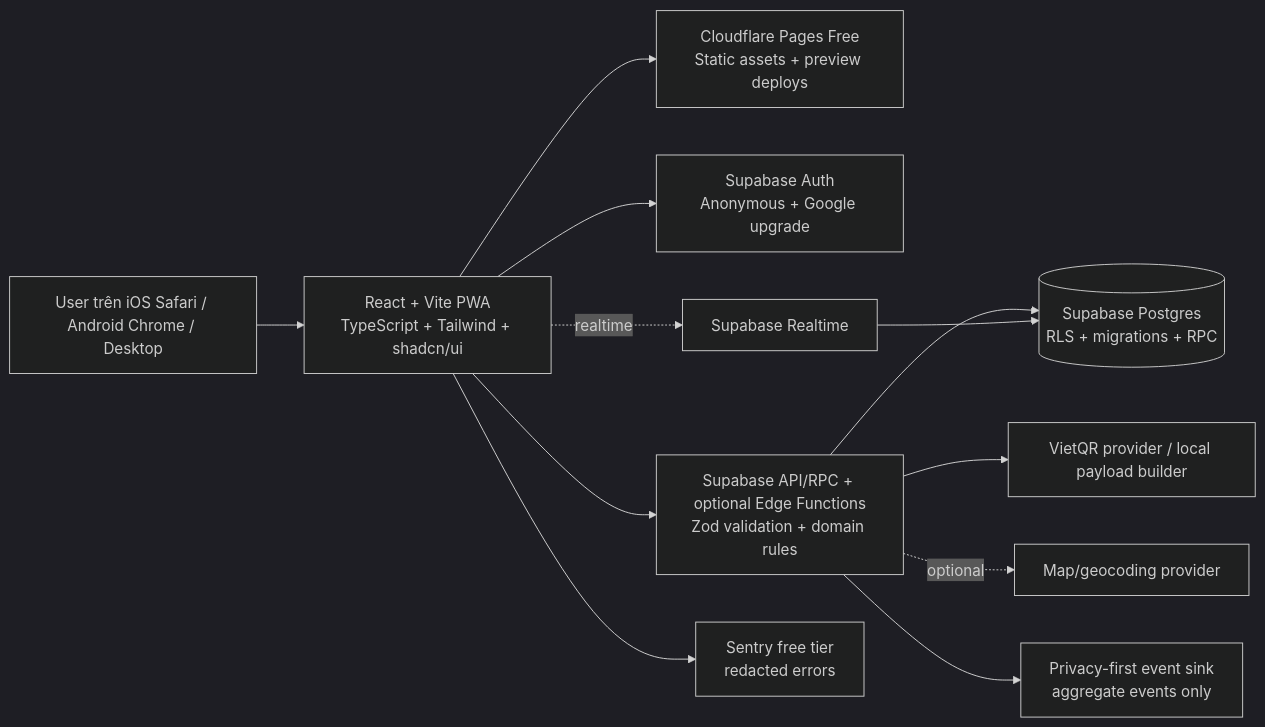
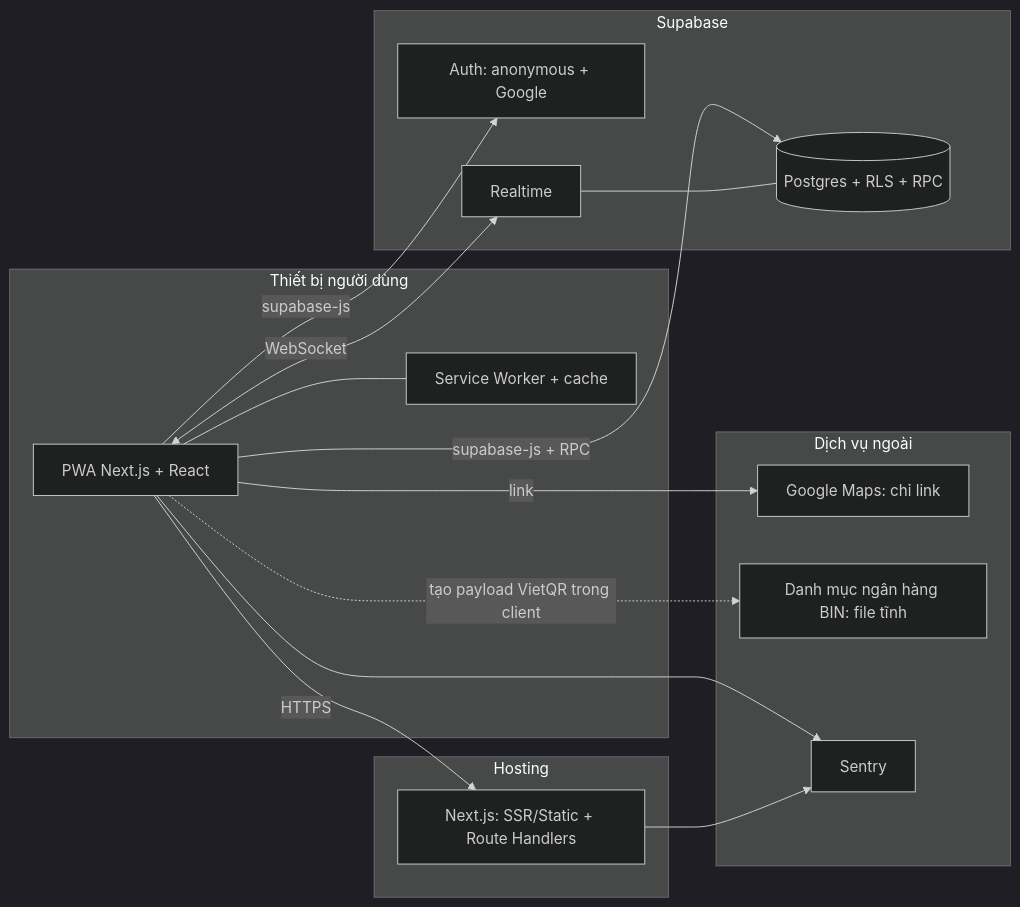
The first of 2 diagrams in docs/06-architecture.md (duynguyen1604/Splitrip), drawn with Mermaid (dark theme) before and after one commit. The commit also changed other lines of this file and 11 other files, not shown here.

````diff
--- a/docs/06-architecture.md
+++ b/docs/06-architecture.md
@@ -13,14 +17,30 @@
 ```mermaid
 flowchart LR
-    U[User trên iOS Safari / Android Chrome / Desktop] --> PWA[React + Vite PWA<br/>TypeScript + Tailwind + shadcn/ui]
-    PWA --> EDGE[Cloudflare Pages Free<br/>Static assets + preview deploys]
-    PWA --> AUTH[Supabase Auth<br/>Anonymous + Google upgrade]
-    PWA --> API[Supabase API/RPC + optional Edge Functions<br/>Zod validation + domain rules]
-    API --> DB[(Supabase Postgres<br/>RLS + migrations + RPC)]
-    PWA -. realtime .-> RT[Supabase Realtime]
-    RT --> DB
-    API --> QR[VietQR provider / local payload builder]
-    API -. optional .-> MAP[Map/geocoding provider]
-    PWA --> ERR[Sentry free tier<br/>redacted errors]
-    API --> ANALYTICS[Privacy-first event sink<br/>aggregate events only]
+    subgraph Client[Thiết bị người dùng]
+        PWA[PWA Next.js + React]
+        SW[Service Worker + cache]
+        PWA --- SW
+    end
+    subgraph Host[Hosting]
+        NX[Next.js: SSR/Static + Route Handlers]
+    end
+    subgraph SB[Supabase]
+        AUTH[Auth: anonymous + Google]
+        DB[(Postgres + RLS + RPC)]
+        RT[Realtime]
+    end
+    subgraph Ext[Dịch vụ ngoài]
+        MAP[Google Maps: chỉ link]
+        BANK[Danh mục ngân hàng BIN: file tĩnh]
+        SENTRY[Sentry]
+    end
+    PWA -->|HTTPS| NX
+    PWA -->|supabase-js| AUTH
+    PWA -->|supabase-js + RPC| DB
+    PWA <-->|WebSocket| RT
+    RT --- DB
+    PWA -->|link| MAP
+    PWA --> SENTRY
+    NX --> SENTRY
+    PWA -.->|tạo payload VietQR trong client| BANK
 ```
````
